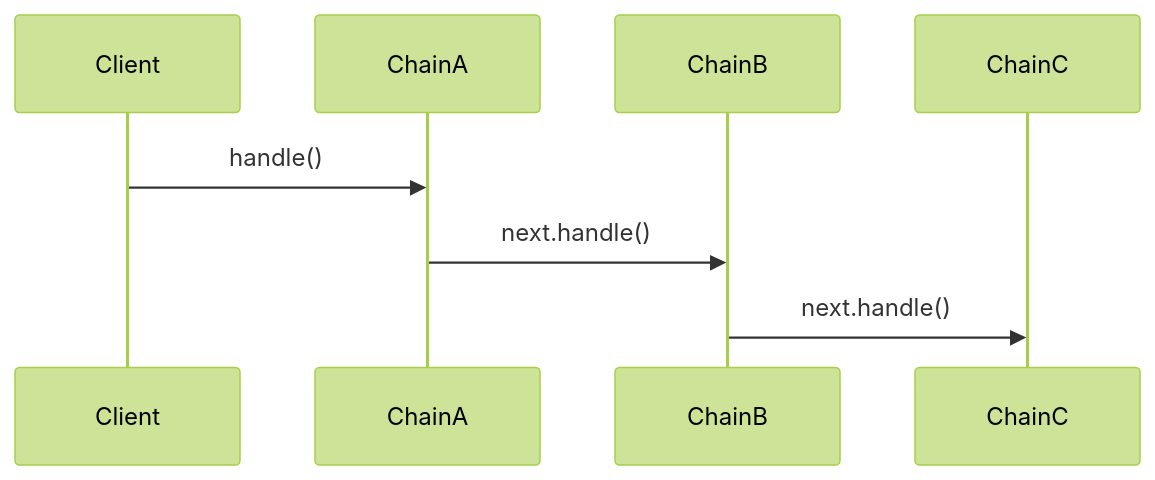
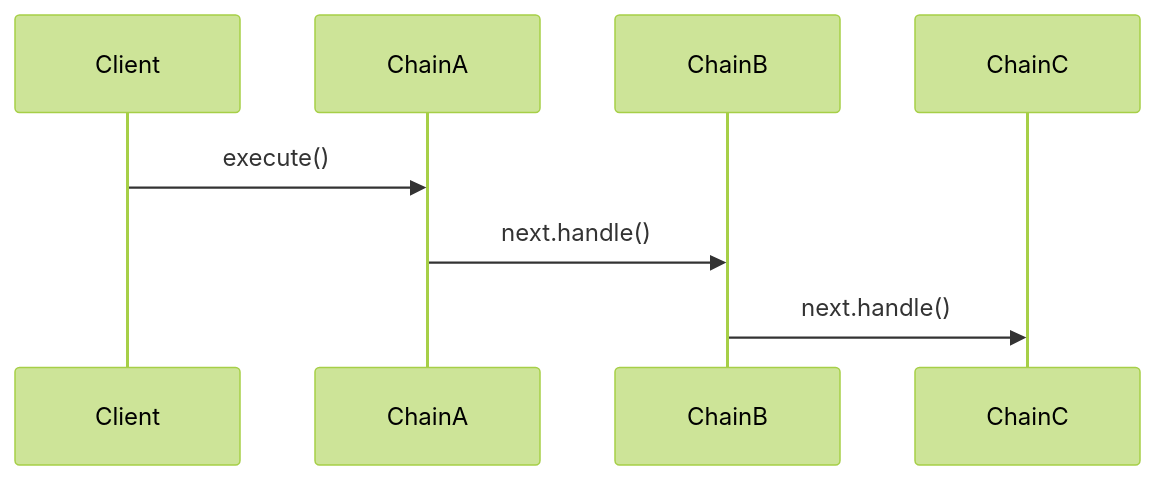
Before and after one commit to evmetatron/spring-chain-of-responsibility: the diagram in README.md, drawn with Mermaid (forest theme).

````diff
--- a/README.md
+++ b/README.md
@@ -14,11 +14,11 @@
 ```mermaid
 sequenceDiagram
     participant Client
     participant ChainA
     participant ChainB
     participant ChainC
 
-    Client->>ChainA: handle()
+    Client->>ChainA: execute()
     ChainA->>ChainB: next.handle()
     ChainB->>ChainC: next.handle()
 ```
````
